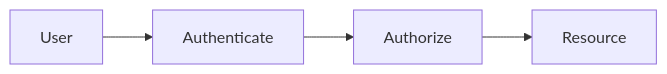
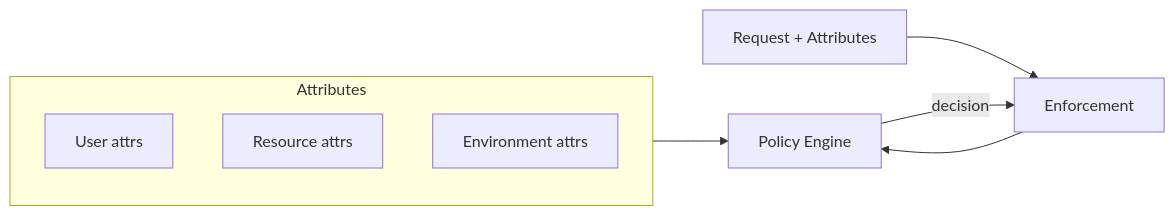
The ninth of 22 diagrams in 10-security/README.md (hareramcse/SystemDesign), drawn with Mermaid before and after one commit. The commit also changed other lines of this file and 15 other files, not shown here.

````diff
--- a/10-security/README.md
+++ b/10-security/README.md
@@ -41,6 +472,12 @@
 ```mermaid
 flowchart LR
-    U[User] --> Auth[Authenticate]
-    Auth --> AuthZ[Authorize]
-    AuthZ --> R[Resource]
+    Req[Request + Attributes] --> PEP[Enforcement]
+    PEP --> Engine[Policy Engine]
+    subgraph Attributes
+        UA[User attrs]
+        RA[Resource attrs]
+        EA[Environment attrs]
+    end
+    Attributes --> Engine
+    Engine -->|decision| PEP
 ```
````
